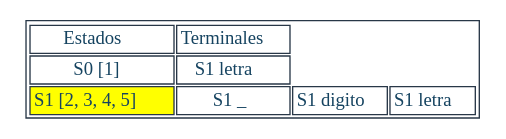
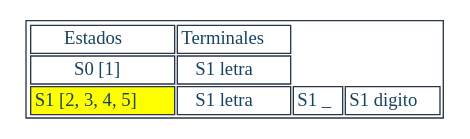
One commit to JeffMendez/OCL_Proyecto1_201901557 changed the diagram in Regexive/archivos/TRANSICIONES_201901557/identificador.dot. Above: the diagram before and after it, drawn with Graphviz. The commit also changed 36 other files, not shown here.

```diff
--- a/Regexive/archivos/TRANSICIONES_201901557/identificador.dot
+++ b/Regexive/archivos/TRANSICIONES_201901557/identificador.dot
@@ -1,14 +1,14 @@
 digraph T {
 aHtmlTable [
    shape=plaintext
    color="#283747" fontcolor="#154360" label=<
 
    <table border='1' cellborder='1'>
    <tr>
       <td>Estados</td>
       <td>Terminales</td>
-   </tr><tr><td>S0 [1]</td><td>S1 letra</td></tr><tr><td bgcolor="yellow"> S1 [2, 3, 4, 5]</td><td>S1 _</td><td>S1 digito</td><td>S1 letra</td></tr></table>
+   </tr><tr><td>S0 [1]</td><td>S1 letra</td></tr><tr><td bgcolor="yellow"> S1 [2, 3, 4, 5]</td><td>S1 letra</td><td>S1 _</td><td>S1 digito</td></tr></table>
 
    >]; 
 
 }
```
